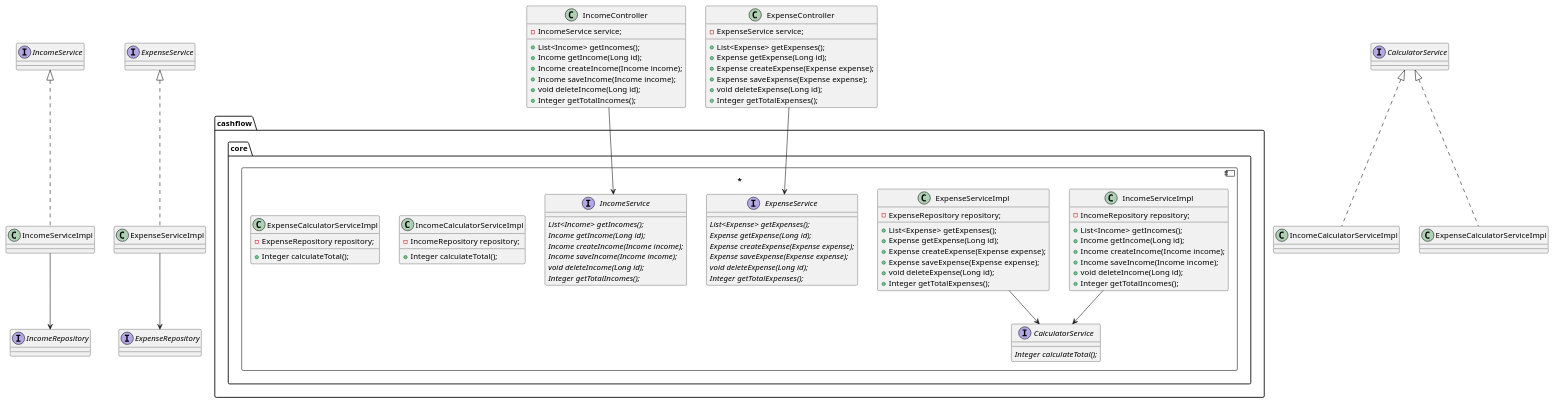
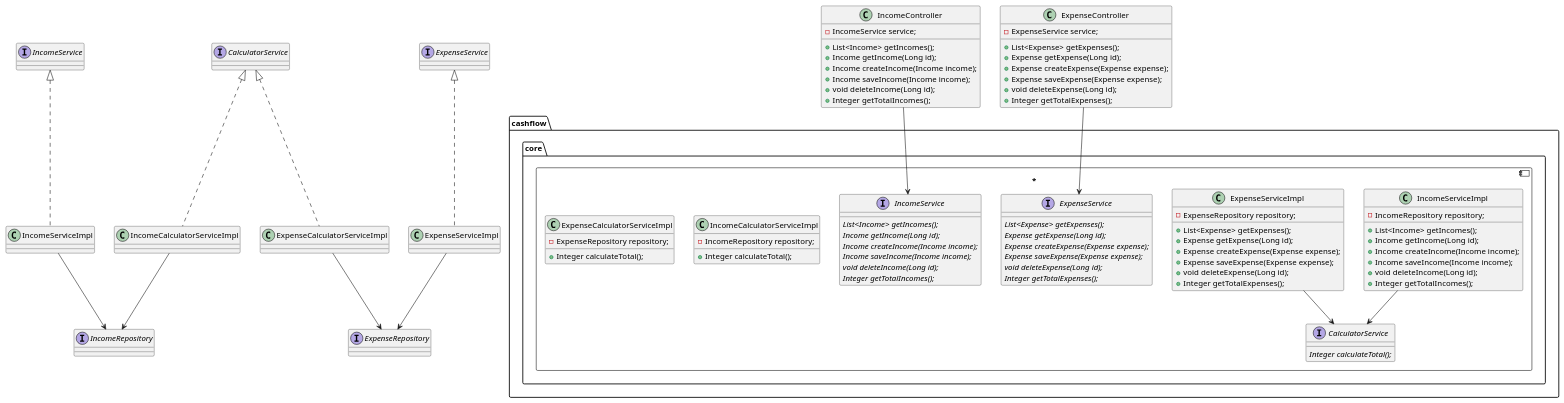
The diagram in src/main/resources/ocp_refactored_step2_arch.puml (alizeynalli90/solid-principles), drawn with PlantUML before and after one commit.

```diff
--- a/src/main/resources/ocp_refactored_step2_arch.puml
+++ b/src/main/resources/ocp_refactored_step2_arch.puml
@@ -1,91 +1,93 @@
 @startuml
 interface IncomeRepository{
 }
 
 interface ExpenseRepository{
 }
 
 class IncomeController {
     - IncomeService service;
     + List<Income> getIncomes();
     + Income getIncome(Long id);
     + Income createIncome(Income income);
     + Income saveIncome(Income income);
     + void deleteIncome(Long id);
     + Integer getTotalIncomes();
 }
 
 class ExpenseController {
     - ExpenseService service;
     + List<Expense> getExpenses();
     + Expense getExpense(Long id);
     + Expense createExpense(Expense expense);
     + Expense saveExpense(Expense expense);
     + void deleteExpense(Long id);
     + Integer getTotalExpenses();
 }
 
 component cashflow.core.* {
 
 interface CalculatorService{
     {abstract} Integer calculateTotal();
 }
 
 class IncomeServiceImpl {
     - IncomeRepository repository;
     + List<Income> getIncomes();
     + Income getIncome(Long id);
     + Income createIncome(Income income);
     + Income saveIncome(Income income);
     + void deleteIncome(Long id);
     + Integer getTotalIncomes();
 }
 
 class ExpenseServiceImpl {
     - ExpenseRepository repository;
     + List<Expense> getExpenses();
     + Expense getExpense(Long id);
     + Expense createExpense(Expense expense);
     + Expense saveExpense(Expense expense);
     + void deleteExpense(Long id);
     + Integer getTotalExpenses();
 }
 
 interface IncomeService{
     {abstract} List<Income> getIncomes();
     {abstract} Income getIncome(Long id);
     {abstract} Income createIncome(Income income);
     {abstract} Income saveIncome(Income income);
     {abstract} void deleteIncome(Long id);
     {abstract} Integer getTotalIncomes();
 }
 
 interface ExpenseService{
     {abstract} List<Expense> getExpenses();
     {abstract} Expense getExpense(Long id);
     {abstract} Expense createExpense(Expense expense);
     {abstract} Expense saveExpense(Expense expense);
     {abstract} void deleteExpense(Long id);
     {abstract} Integer getTotalExpenses();
 }
 class IncomeCalculatorServiceImpl {
     - IncomeRepository repository;
     + Integer calculateTotal();
 }
 class ExpenseCalculatorServiceImpl {
     - ExpenseRepository repository;
     + Integer calculateTotal();
 }
 }
 
 IncomeController --> IncomeService
 ExpenseController --> ExpenseService
 IncomeServiceImpl --> CalculatorService
 ExpenseServiceImpl --> CalculatorService
 class IncomeServiceImpl implements IncomeService
 class ExpenseServiceImpl implements ExpenseService
 class IncomeCalculatorServiceImpl implements CalculatorService
 class ExpenseCalculatorServiceImpl implements CalculatorService
+IncomeCalculatorServiceImpl --> IncomeRepository
+ExpenseCalculatorServiceImpl --> ExpenseRepository
 IncomeServiceImpl --> IncomeRepository
 ExpenseServiceImpl --> ExpenseRepository
 @enduml
```
